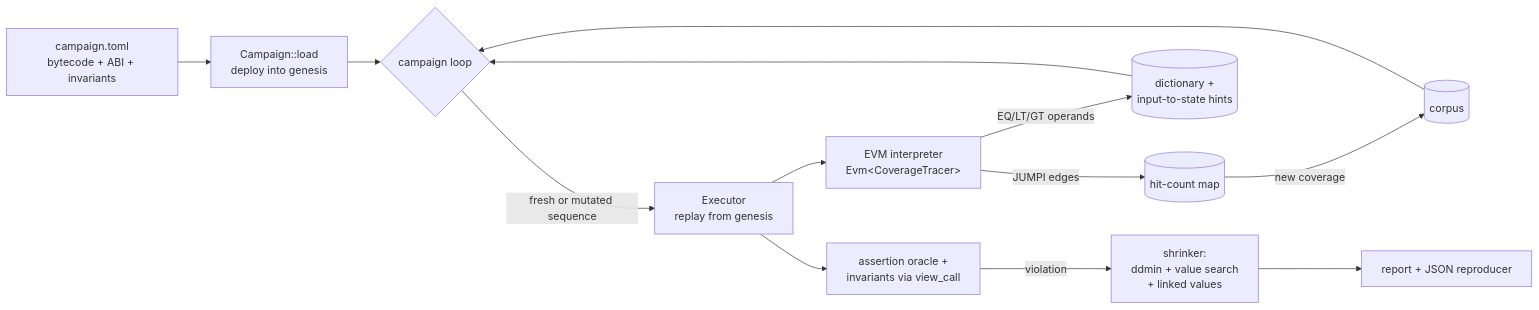
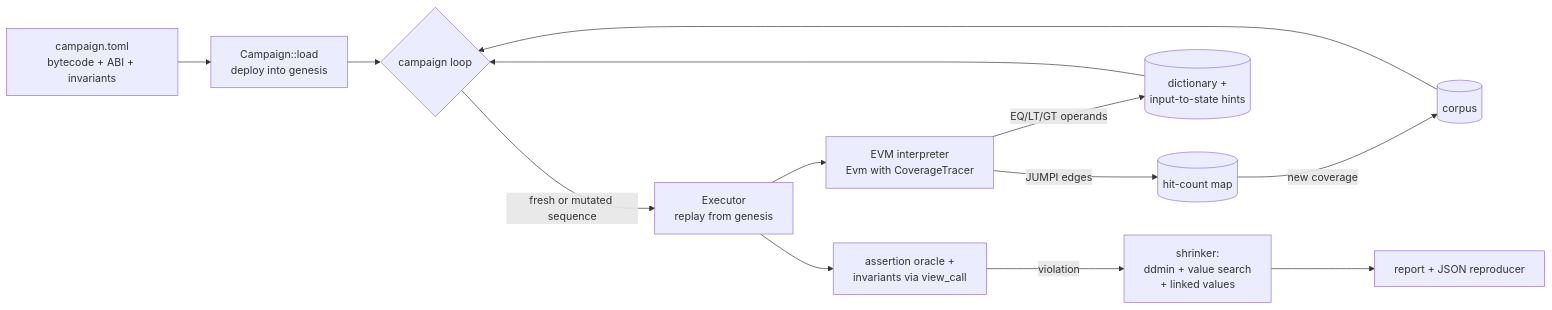
One commit to SlateGitOrg/evmfuzz changed the diagram in README.md. Above: the diagram before and after it, drawn with Mermaid. The commit also changed other lines of this file and 2 other files, not shown here.

````diff
--- a/README.md
+++ b/README.md
@@ -49,15 +69,15 @@
 ```mermaid
 flowchart LR
-    toml[campaign.toml<br/>bytecode + ABI + invariants] --> load[Campaign::load<br/>deploy into genesis]
-    load --> loop{campaign loop}
-    loop -->|fresh or mutated sequence| exec[Executor<br/>replay from genesis]
-    exec --> evm[EVM interpreter<br/>Evm&lt;CoverageTracer&gt;]
-    evm -->|JUMPI edges| covmap[(hit-count map)]
-    evm -->|EQ/LT/GT operands| dict[(dictionary +<br/>input-to-state hints)]
-    exec --> oracles[assertion oracle +<br/>invariants via view_call]
-    covmap -->|new coverage| corpus[(corpus)]
+    toml["campaign.toml<br/>bytecode + ABI + invariants"] --> load["Campaign::load<br/>deploy into genesis"]
+    load --> loop{"campaign loop"}
+    loop -->|"fresh or mutated sequence"| exec["Executor<br/>replay from genesis"]
+    exec --> evm["EVM interpreter<br/>Evm with CoverageTracer"]
+    evm -->|"JUMPI edges"| covmap[("hit-count map")]
+    evm -->|"EQ/LT/GT operands"| dict[("dictionary +<br/>input-to-state hints")]
+    exec --> oracles["assertion oracle +<br/>invariants via view_call"]
+    covmap -->|"new coverage"| corpus[("corpus")]
     corpus --> loop
     dict --> loop
-    oracles -->|violation| shrink[shrinker:<br/>ddmin + value search<br/>+ linked values]
-    shrink --> report[report + JSON reproducer]
+    oracles -->|"violation"| shrink["shrinker:<br/>ddmin + value search<br/>+ linked values"]
+    shrink --> report["report + JSON reproducer"]
 ```
````
